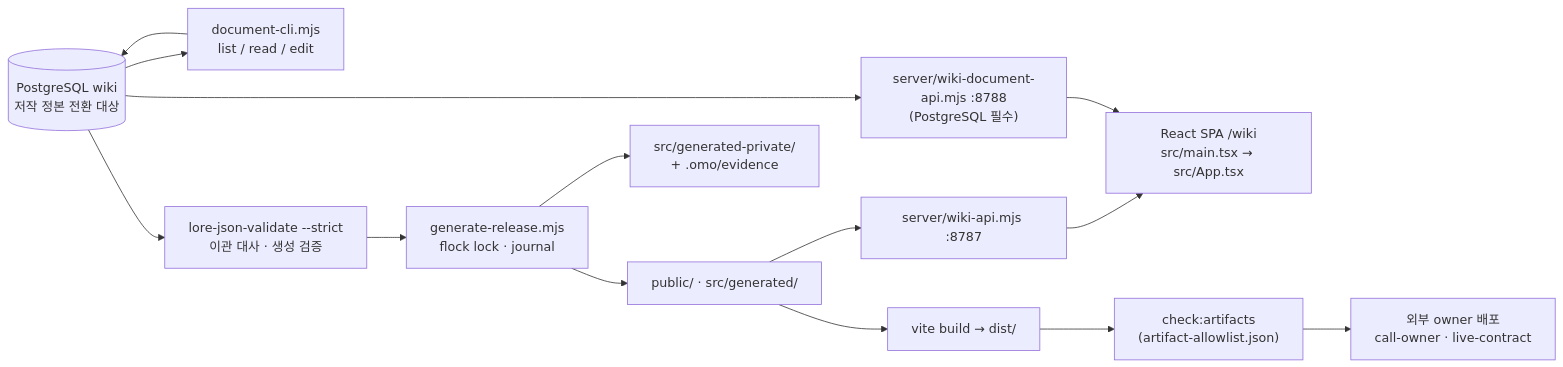
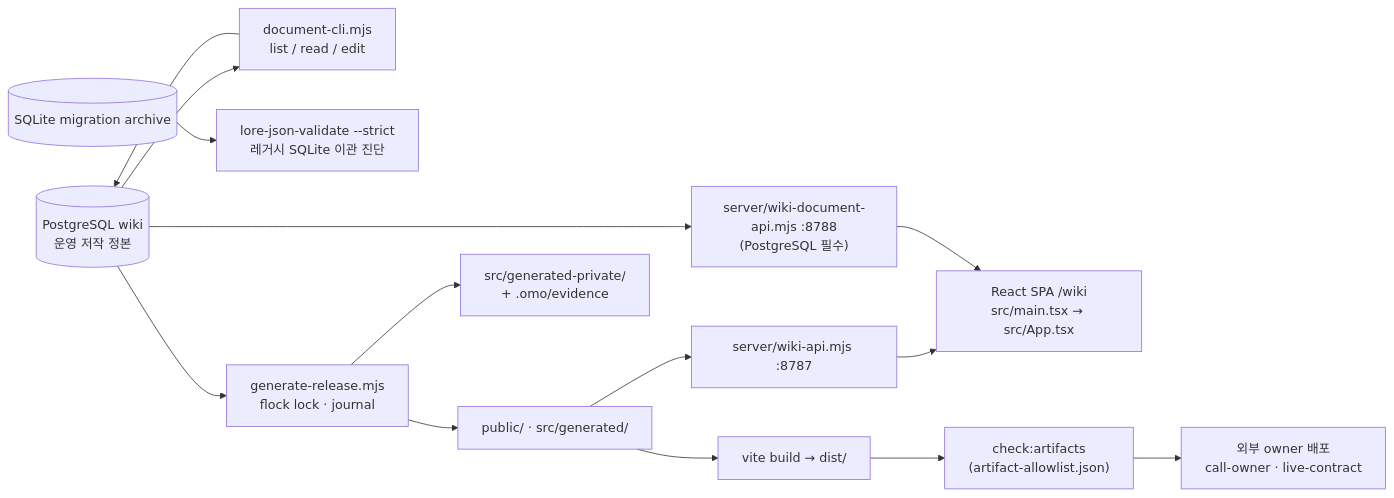
Before and after one commit to islee23520/seoul-dengoku-wiki: the diagram in AGENTS.md, drawn with Mermaid. The commit also changed other lines of this file and 8 other files, not shown here.

Commit message:
docs(정본): 검증된 PostgreSQL 운영 전환과 archive 경계 기록

````diff
--- a/AGENTS.md
+++ b/AGENTS.md
@@ -11,23 +11,25 @@
 ```mermaid
 flowchart LR
-  DB[("PostgreSQL wiki<br/>저작 정본 전환 대상")]
+  DB[("PostgreSQL wiki<br/>운영 저작 정본")]
   EDIT["document-cli.mjs<br/>list / read / edit"]
-  VAL["lore-json-validate --strict<br/>이관 대사 · 생성 검증"]
+  ARCH[("SQLite migration archive")]
+  VAL["lore-json-validate --strict<br/>레거시 SQLite 이관 진단"]
   GEN["generate-release.mjs<br/>flock lock · journal"]
   PUB["public/ · src/generated/"]
   PRIV["src/generated-private/<br/>+ .omo/evidence"]
   API7["server/wiki-api.mjs :8787"]
   API8["server/wiki-document-api.mjs :8788<br/>(PostgreSQL 필수)"]
   SPA["React SPA /wiki<br/>src/main.tsx → src/App.tsx"]
   DIST["vite build → dist/"]
   ALLOW["check:artifacts<br/>(artifact-allowlist.json)"]
   OWNER["외부 owner 배포<br/>call-owner · live-contract"]
 
   DB --> EDIT --> DB
-  DB --> VAL --> GEN
+  ARCH --> VAL
+  DB --> GEN
   GEN --> PUB
   GEN --> PRIV
   PUB --> API7 --> SPA
   DB --> API8 --> SPA
   PUB --> DIST --> ALLOW --> OWNER
 ```
````
